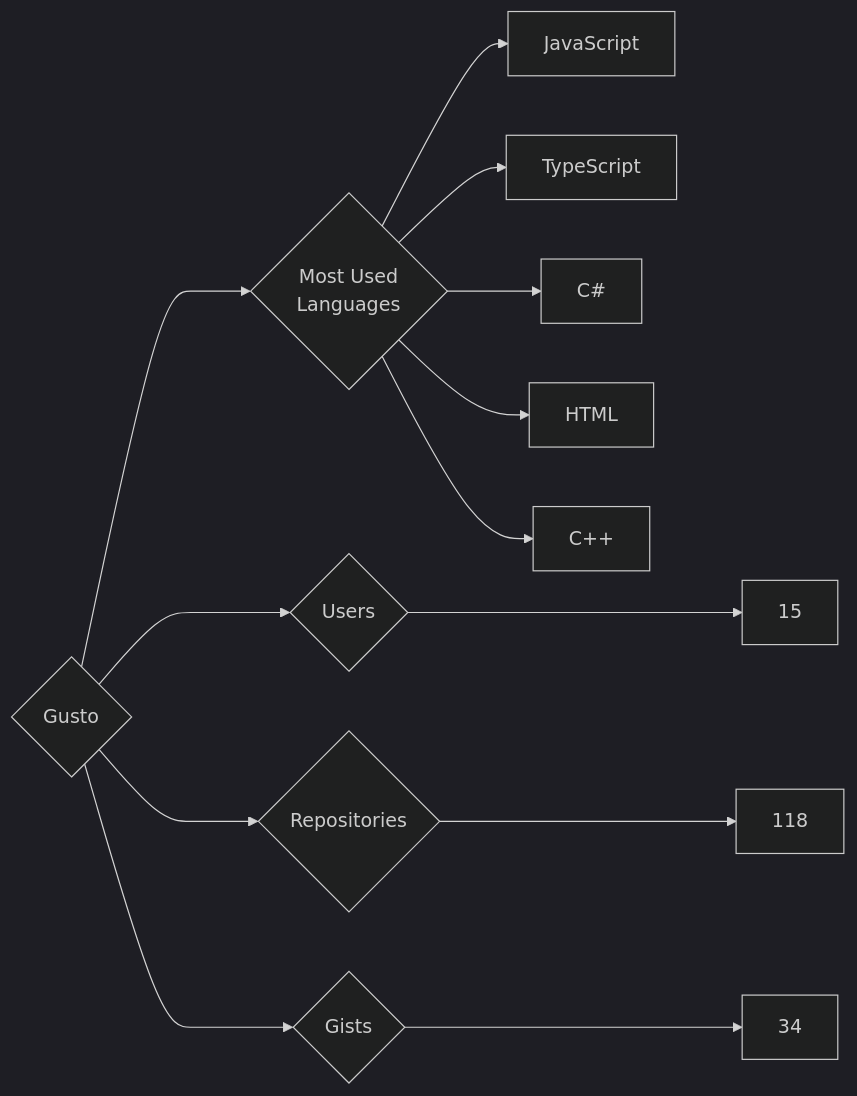
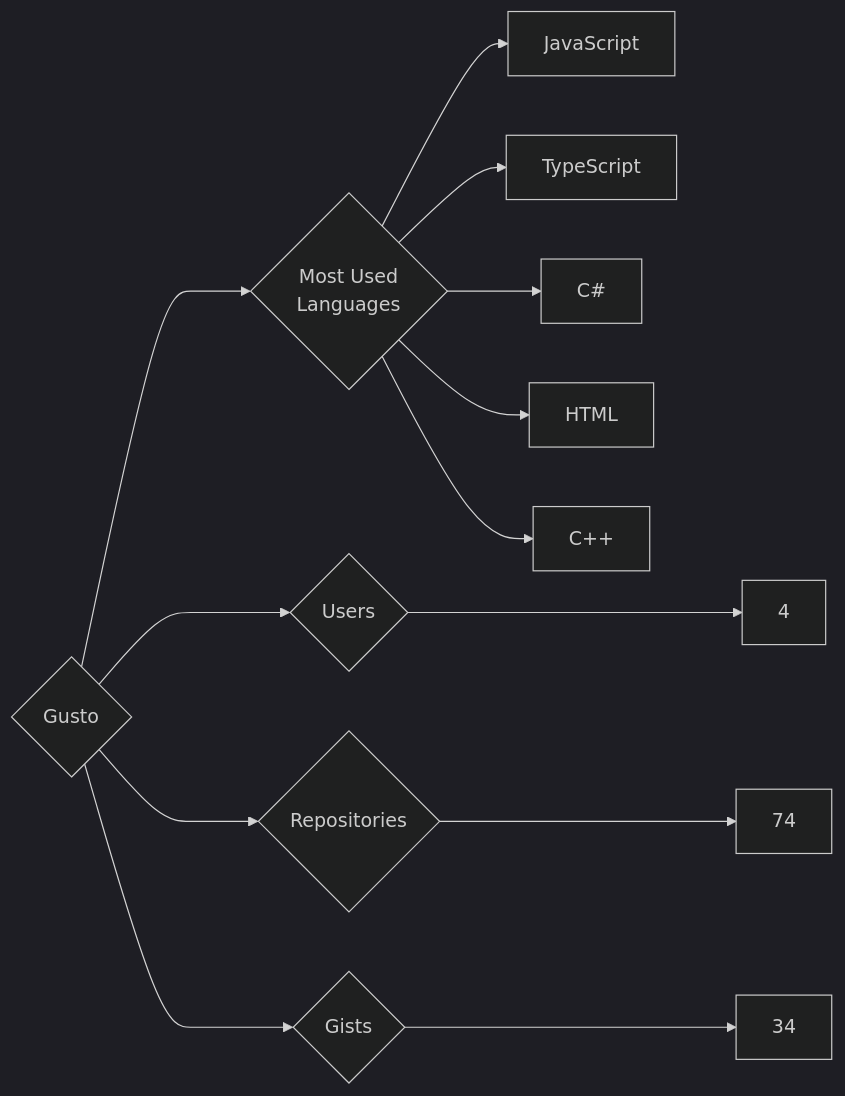
The diagram in targets/Gusto/README.md (trickest/insiders), drawn with Mermaid (dark theme) before and after one commit. The commit also changed 814 other files, not shown here.

````diff
--- a/targets/Gusto/README.md
+++ b/targets/Gusto/README.md
@@ -3,13 +3,13 @@
 ```mermaid
 graph LR
 COMPANY_NAME{Gusto}
-COMPANY_NAME ---> U{Users} ---> UN[15]
-COMPANY_NAME ---> R{Repositories} ---> RN[118]
+COMPANY_NAME ---> U{Users} ---> UN[4]
+COMPANY_NAME ---> R{Repositories} ---> RN[74]
 COMPANY_NAME ---> G{Gists} ---> GN[34]
 COMPANY_NAME ---> ML{Most Used<br>Languages}
 ML --> JavaScript[JavaScript]
 ML --> TypeScript[TypeScript]
 ML --> C#[C#]
 ML --> HTML[HTML]
 ML --> C++[C++]
 ```
````
